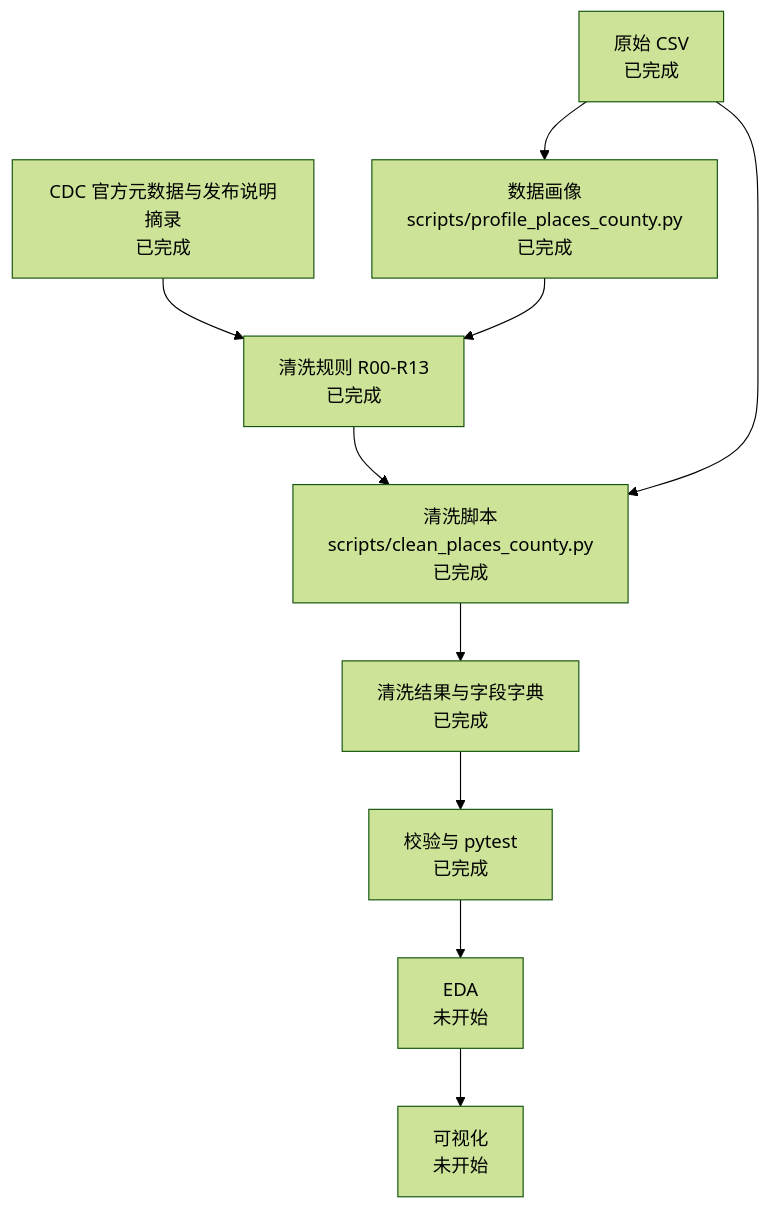
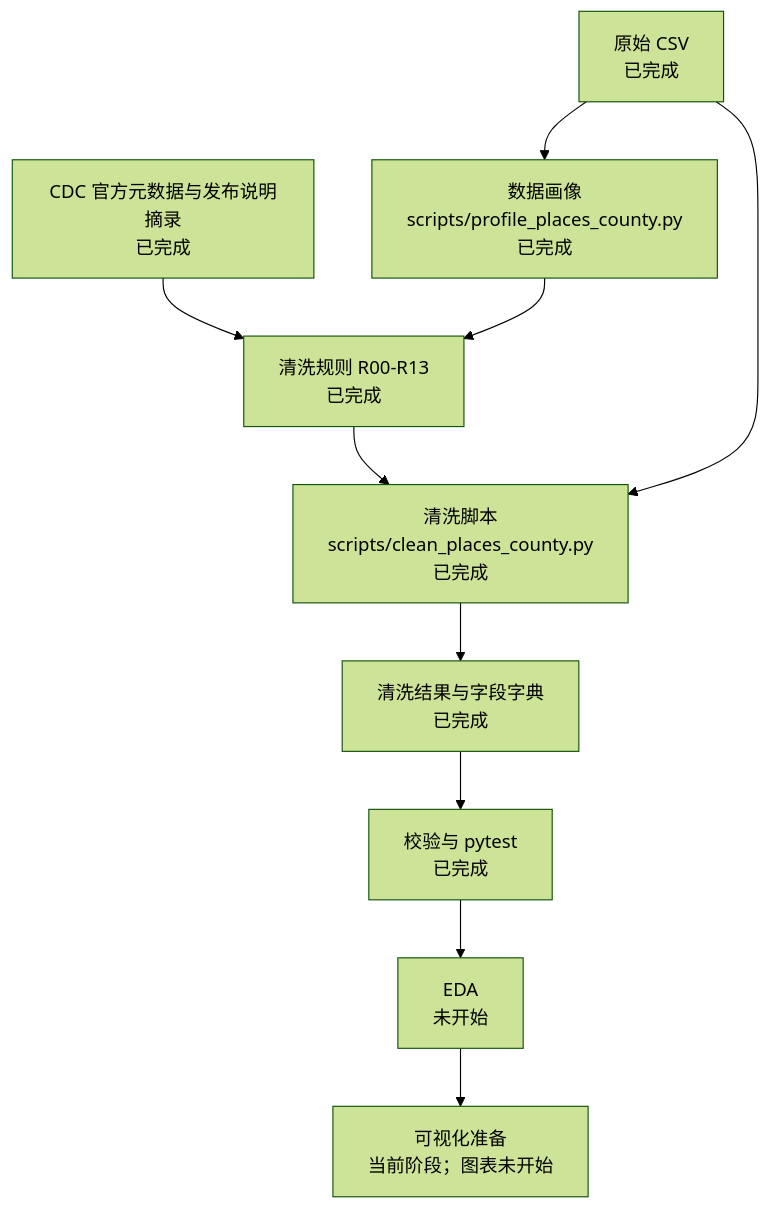
Before and after one commit to huazhangz/NTU-DATA-VISUALIZATION-PROJECT: the diagram in reports/project_status/SD6105_project_status_and_pipeline.md, drawn with Mermaid (forest theme). The commit also changed other lines of this file and 2 other files, not shown here.

````diff
--- a/reports/project_status/SD6105_project_status_and_pipeline.md
+++ b/reports/project_status/SD6105_project_status_and_pipeline.md
@@ -52,22 +55,22 @@
 ```mermaid
 flowchart TD
     raw["原始 CSV<br/>已完成"]
     meta["CDC 官方元数据与发布说明摘录<br/>已完成"]
     profile["数据画像<br/>scripts/profile_places_county.py<br/>已完成"]
     rules["清洗规则 R00-R13<br/>已完成"]
     clean["清洗脚本<br/>scripts/clean_places_county.py<br/>已完成"]
     out["清洗结果与字段字典<br/>已完成"]
     valid["校验与 pytest<br/>已完成"]
     eda["EDA<br/>未开始"]
-    viz["可视化<br/>未开始"]
+    viz["可视化准备<br/>当前阶段；图表未开始"]
 
     raw --> profile
     meta --> rules
     profile --> rules
     rules --> clean
     raw --> clean
     clean --> out
     out --> valid
     valid --> eda
     eda --> viz
 ```
````
